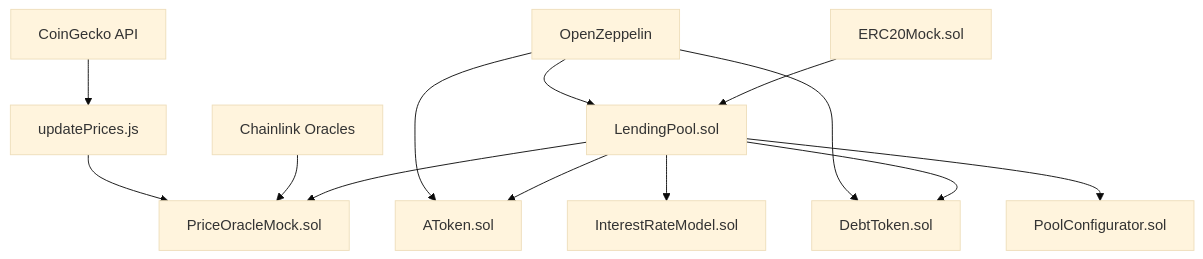
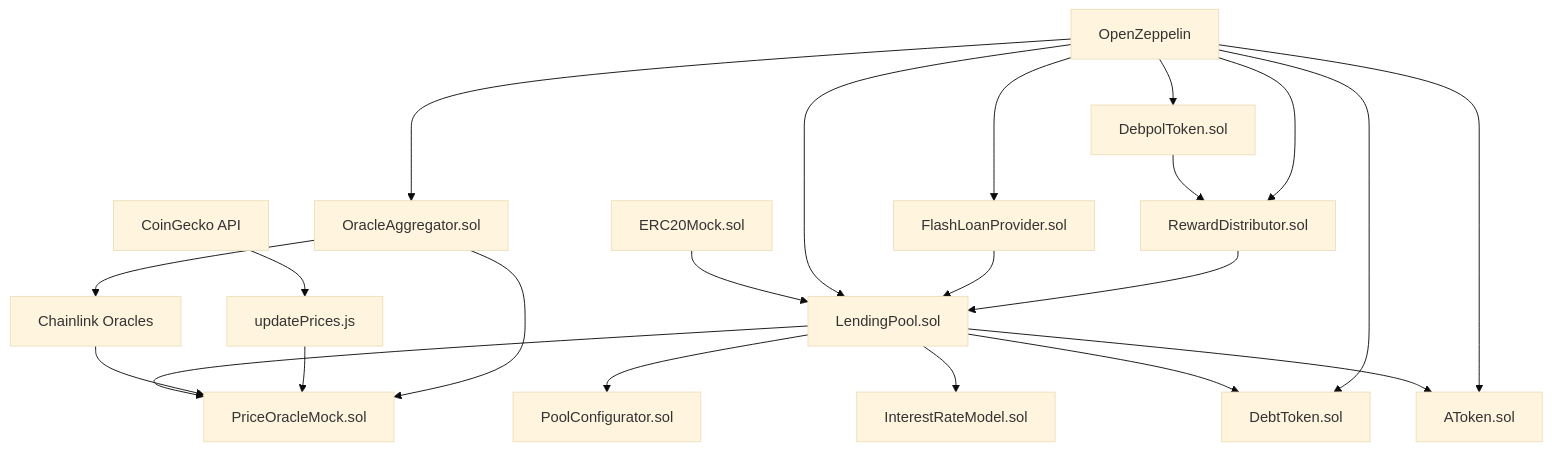
Before and after one commit to Anu062004/Polygon__-lending: the first of 2 diagrams in README.md, drawn with Mermaid (base theme). The commit also changed other lines of this file and 37 other files, not shown here.

````diff
--- a/README.md
+++ b/README.md
@@ -42,17 +54,29 @@
 ```mermaid
 graph TB
     A[LendingPool.sol] --> B[AToken.sol]
     A --> C[DebtToken.sol]
     A --> D[PriceOracleMock.sol]
     A --> E[InterestRateModel.sol]
     A --> F[PoolConfigurator.sol]
     
     G[Chainlink Oracles] --> D
     H[CoinGecko API] --> I[updatePrices.js]
     I --> D
     
     J[ERC20Mock.sol] --> A
     K[OpenZeppelin] --> A
     K --> B
     K --> C
+    
+    %% Debpol Protocol Features
+    L[FlashLoanProvider.sol] --> A
+    M[DebpolToken.sol] --> N[RewardDistributor.sol]
+    N --> A
+    O[OracleAggregator.sol] --> D
+    O --> G
+    
+    K --> L
+    K --> M
+    K --> N
+    K --> O
 ```
````
